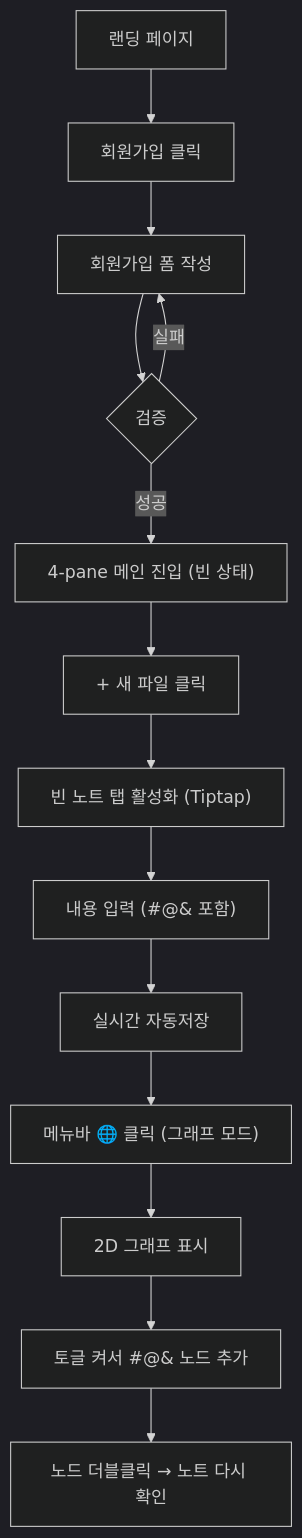
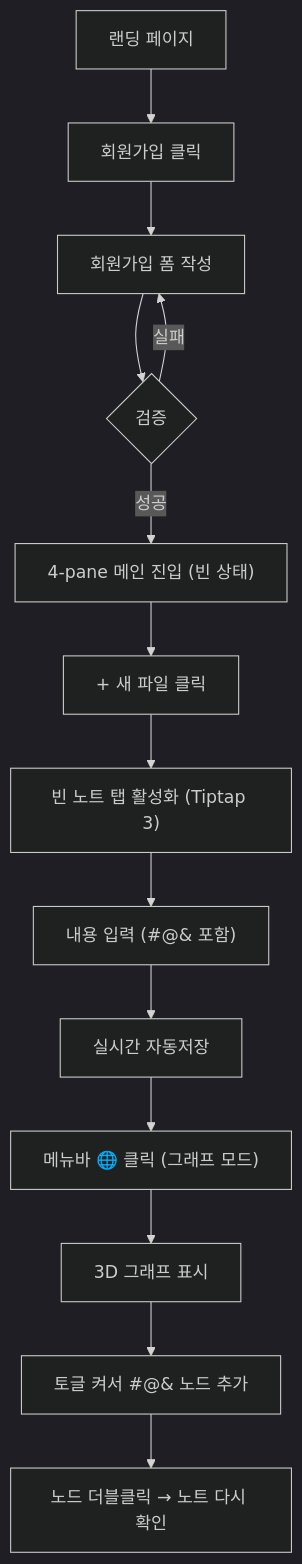
One commit to GC-Five-Guys/Docs changed the second of 3 diagrams in 03_설계/화면_설계서.md. Above: the diagram before and after it, drawn with Mermaid (dark theme). The commit also changed other lines of this file and 10 other files, not shown here.

````diff
--- a/03_설계/화면_설계서.md
+++ b/03_설계/화면_설계서.md
@@ -445,16 +629,16 @@
 ```mermaid
 flowchart TD
   A["랜딩 페이지"] --> B["회원가입 클릭"]
   B --> C["회원가입 폼 작성"]
   C --> D{검증}
   D -- 실패 --> C
   D -- 성공 --> E["4-pane 메인 진입 (빈 상태)"]
   E --> F["+ 새 파일 클릭"]
-  F --> G["빈 노트 탭 활성화 (Tiptap)"]
+  F --> G["빈 노트 탭 활성화 (Tiptap 3)"]
   G --> H["내용 입력 (#@& 포함)"]
   H --> I["실시간 자동저장"]
   I --> J["메뉴바 🌐 클릭 (그래프 모드)"]
-  J --> K["2D 그래프 표시"]
+  J --> K["3D 그래프 표시"]
   K --> L["토글 켜서 #@& 노드 추가"]
   L --> M["노드 더블클릭 → 노트 다시 확인"]
 ```
````
